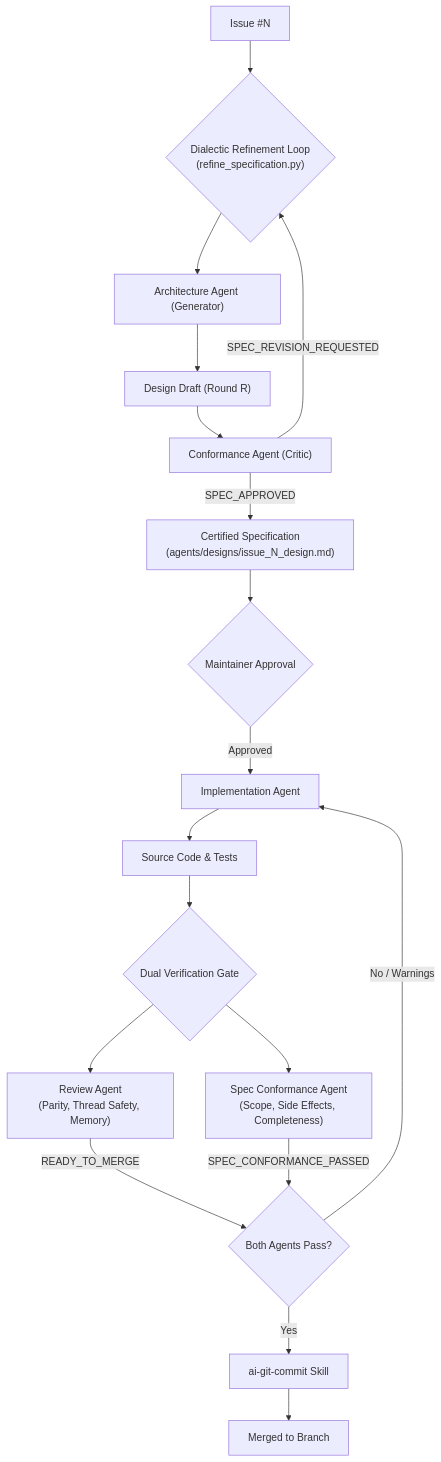
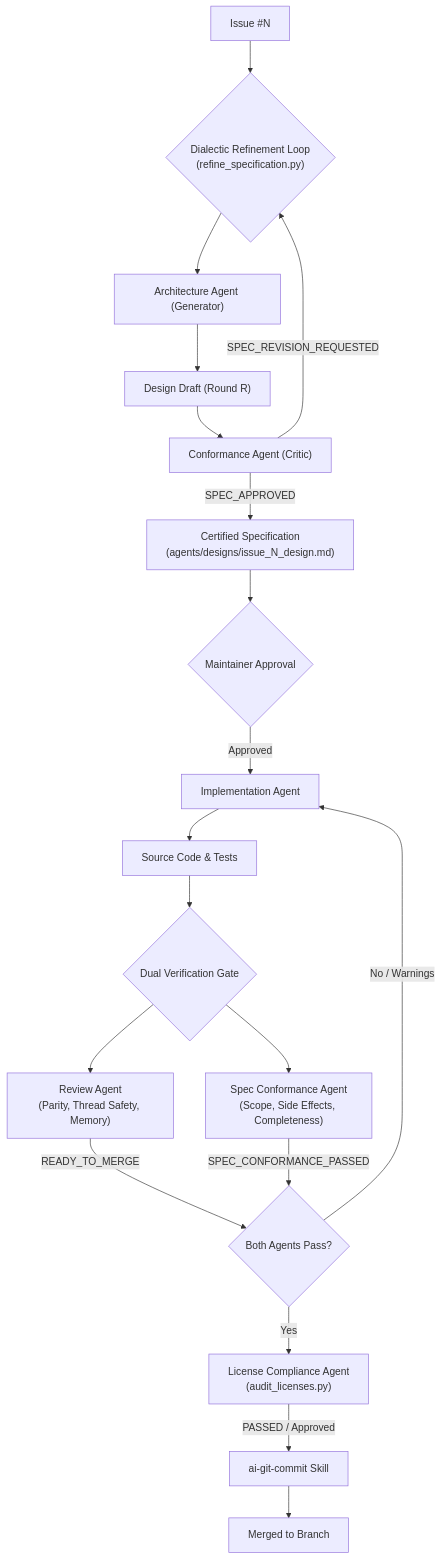
One commit to KingAlejandro/MotionCorr-standalone changed the diagram in AGENTS.md. Above: the diagram before and after it, drawn with Mermaid. The commit also changed other lines of this file and 4 other files, not shown here.

First line of the commit message:
feat(agents): add license and open source compliance agent

````diff
--- a/AGENTS.md
+++ b/AGENTS.md
@@ -41,20 +46,21 @@
 ```mermaid
 flowchart TD
     Issue["Issue #N"] --> Loop{"Dialectic Refinement Loop<br/>(refine_specification.py)"}
     Loop --> Arch["Architecture Agent (Generator)"]
     Arch --> Draft["Design Draft (Round R)"]
     Draft --> Conf["Conformance Agent (Critic)"]
     Conf -->|SPEC_REVISION_REQUESTED| Loop
     Conf -->|SPEC_APPROVED| Spec["Certified Specification<br/>(agents/designs/issue_N_design.md)"]
     Spec --> User{"Maintainer Approval"}
     User -->|Approved| Impl["Implementation Agent"]
     Impl --> Code["Source Code & Tests"]
     Code --> DualAudit{"Dual Verification Gate"}
     DualAudit --> Rev["Review Agent<br/>(Parity, Thread Safety, Memory)"]
     DualAudit --> SpecAgent["Spec Conformance Agent<br/>(Scope, Side Effects, Completeness)"]
     Rev -->|READY_TO_MERGE| GateCheck{"Both Agents Pass?"}
     SpecAgent -->|SPEC_CONFORMANCE_PASSED| GateCheck
-    GateCheck -->|Yes| Commit["ai-git-commit Skill"]
+    GateCheck -->|Yes| LicenseAudit["License Compliance Agent<br/>(audit_licenses.py)"]
+    LicenseAudit -->|PASSED / Approved| Commit["ai-git-commit Skill"]
     GateCheck -->|No / Warnings| Impl
     Commit --> Merged["Merged to Branch"]
 ```
````
